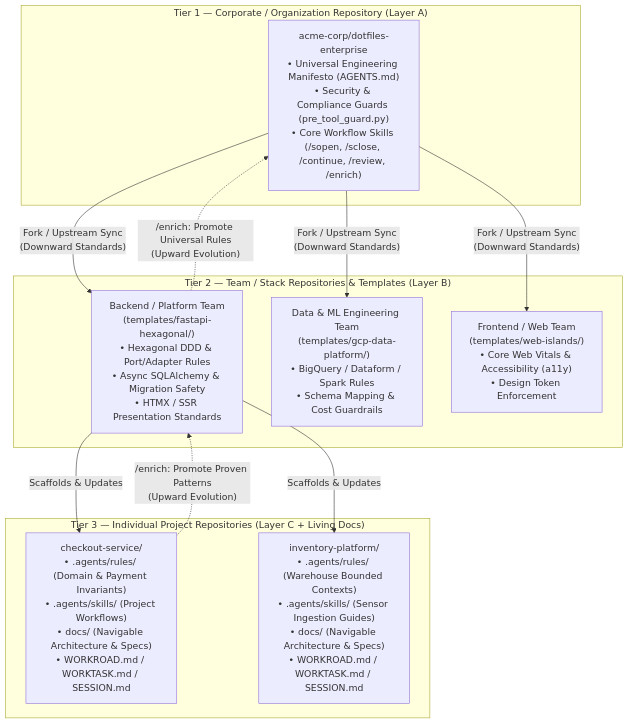
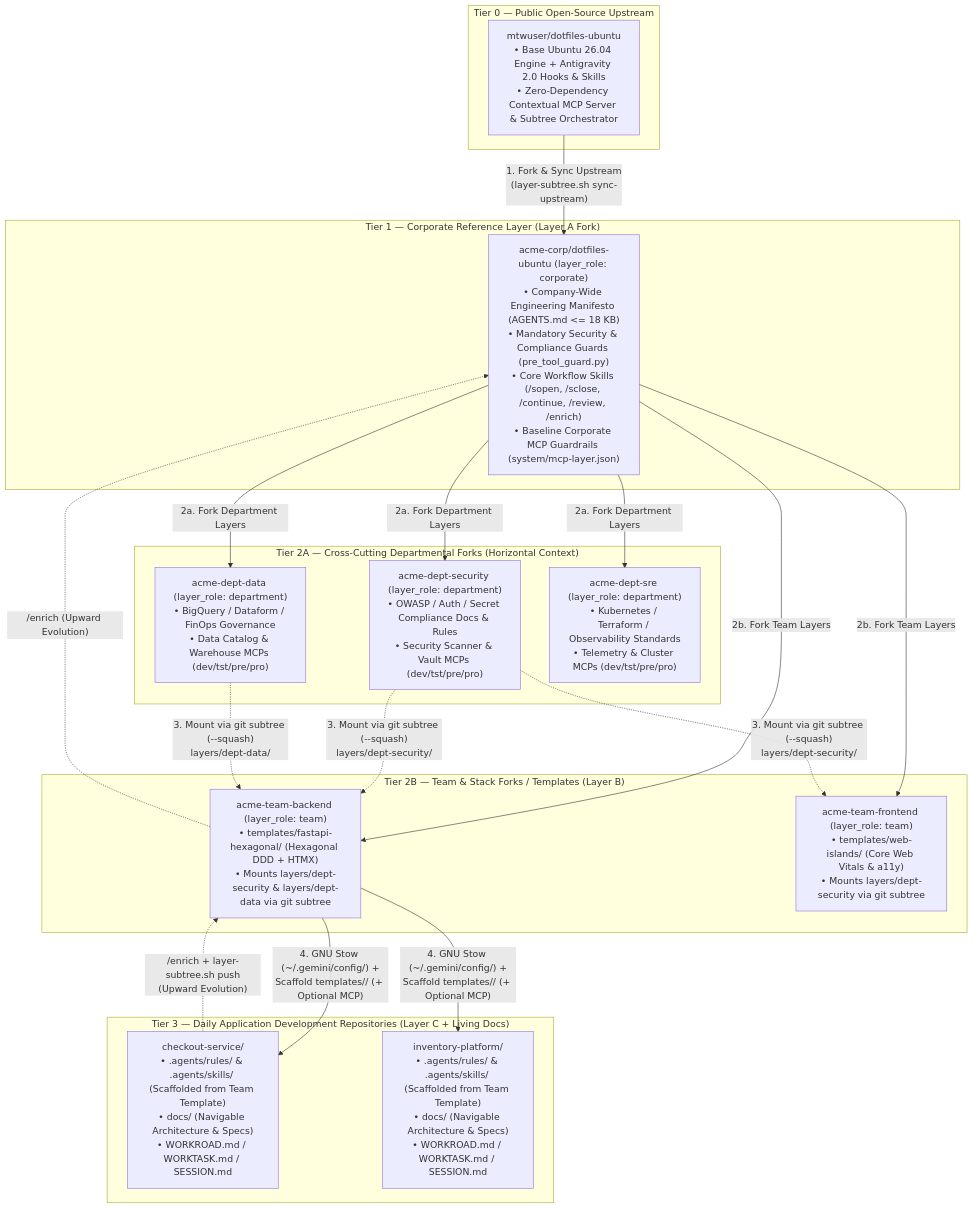
Before and after one commit to mtwuser/dotfiles-ubuntu: the diagram in docs/reference/enterprise_pair_programming_governance.md, drawn with Mermaid. The commit also changed other lines of this file and 6 other files, not shown here.

Commit message:
docs(governance,mcp): add 4-tier company integration playbook (with and without MCP) and unify docs

````diff
--- a/docs/reference/enterprise_pair_programming_governance.md
+++ b/docs/reference/enterprise_pair_programming_governance.md
@@ -27,27 +27,43 @@
 ```mermaid
 flowchart TD
-    subgraph Org["Tier 1 — Corporate / Organization Repository (Layer A)"]
-        CORP["acme-corp/dotfiles-enterprise\n• Universal Engineering Manifesto (AGENTS.md)\n• Security & Compliance Guards (pre_tool_guard.py)\n• Core Workflow Skills (/sopen, /sclose, /continue, /review, /enrich)"]
+    subgraph OSS["Tier 0 — Public Open-Source Upstream"]
+        PUB["mtwuser/dotfiles-ubuntu\n• Base Ubuntu 26.04 Engine + Antigravity 2.0 Hooks & Skills\n• Zero-Dependency Contextual MCP Server & Subtree Orchestrator"]
     end
 
-    subgraph Teams["Tier 2 — Team / Stack Repositories & Templates (Layer B)"]
-        TEAM_BE["Backend / Platform Team\n(templates/fastapi-hexagonal/)\n• Hexagonal DDD & Port/Adapter Rules\n• Async SQLAlchemy & Migration Safety\n• HTMX / SSR Presentation Standards"]
-        TEAM_DATA["Data & ML Engineering Team\n(templates/gcp-data-platform/)\n• BigQuery / Dataform / Spark Rules\n• Schema Mapping & Cost Guardrails"]
-        TEAM_FE["Frontend / Web Team\n(templates/web-islands/)\n• Core Web Vitals & Accessibility (a11y)\n• Design Token Enforcement"]
+    subgraph Org["Tier 1 — Corporate Reference Layer (Layer A Fork)"]
+        CORP["acme-corp/dotfiles-ubuntu (layer_role: corporate)\n• Company-Wide Engineering Manifesto (AGENTS.md <= 18 KB)\n• Mandatory Security & Compliance Guards (pre_tool_guard.py)\n• Core Workflow Skills (/sopen, /sclose, /continue, /review, /enrich)\n• Baseline Corporate MCP Guardrails (system/mcp-layer.json)"]
     end
 
-    subgraph Projects["Tier 3 — Individual Project Repositories (Layer C + Living Docs)"]
-        PROJ_A["checkout-service/\n• .agents/rules/ (Domain & Payment Invariants)\n• .agents/skills/ (Project Workflows)\n• docs/ (Navigable Architecture & Specs)\n• WORKROAD.md / WORKTASK.md / SESSION.md"]
-        PROJ_B["inventory-platform/\n• .agents/rules/ (Warehouse Bounded Contexts)\n• .agents/skills/ (Sensor Ingestion Guides)\n• docs/ (Navigable Architecture & Specs)\n• WORKROAD.md / WORKTASK.md / SESSION.md"]
+    subgraph Depts["Tier 2A — Cross-Cutting Departmental Forks (Horizontal Context)"]
+        DEPT_SEC["acme-dept-security (layer_role: department)\n• OWASP / Auth / Secret Compliance Docs & Rules\n• Security Scanner & Vault MCPs (dev/tst/pre/pro)"]
+        DEPT_DATA["acme-dept-data (layer_role: department)\n• BigQuery / Dataform / FinOps Governance\n• Data Catalog & Warehouse MCPs (dev/tst/pre/pro)"]
+        DEPT_SRE["acme-dept-sre (layer_role: department)\n• Kubernetes / Terraform / Observability Standards\n• Telemetry & Cluster MCPs (dev/tst/pre/pro)"]
     end
 
-    CORP -->|"Fork / Upstream Sync\n(Downward Standards)"| TEAM_BE
-    CORP -->|"Fork / Upstream Sync\n(Downward Standards)"| TEAM_DATA
-    CORP -->|"Fork / Upstream Sync\n(Downward Standards)"| TEAM_FE
+    subgraph Teams["Tier 2B — Team & Stack Forks / Templates (Layer B)"]
+        TEAM_BE["acme-team-backend (layer_role: team)\n• templates/fastapi-hexagonal/ (Hexagonal DDD + HTMX)\n• Mounts layers/dept-security & layers/dept-data via git subtree"]
+        TEAM_FE["acme-team-frontend (layer_role: team)\n• templates/web-islands/ (Core Web Vitals & a11y)\n• Mounts layers/dept-security via git subtree"]
+    end
 
-    TEAM_BE -->|"Scaffolds & Updates"| PROJ_A
-    TEAM_BE -->|"Scaffolds & Updates"| PROJ_B
+    subgraph Apps["Tier 3 — Daily Application Development Repositories (Layer C + Living Docs)"]
+        PROJ_A["checkout-service/\n• .agents/rules/ & .agents/skills/ (Scaffolded from Team Template)\n• docs/ (Navigable Architecture & Specs)\n• WORKROAD.md / WORKTASK.md / SESSION.md"]
+        PROJ_B["inventory-platform/\n• .agents/rules/ & .agents/skills/ (Scaffolded from Team Template)\n• docs/ (Navigable Architecture & Specs)\n• WORKROAD.md / WORKTASK.md / SESSION.md"]
+    end
 
-    PROJ_A -.->|"/enrich: Promote Proven Patterns\n(Upward Evolution)"| TEAM_BE
-    TEAM_BE -.->|"/enrich: Promote Universal Rules\n(Upward Evolution)"| CORP
+    PUB -->|"1. Fork & Sync Upstream\n(layer-subtree.sh sync-upstream)"| CORP
+    CORP -->|"2a. Fork Department Layers"| DEPT_SEC
+    CORP -->|"2a. Fork Department Layers"| DEPT_DATA
+    CORP -->|"2a. Fork Department Layers"| DEPT_SRE
+    CORP -->|"2b. Fork Team Layers"| TEAM_BE
+    CORP -->|"2b. Fork Team Layers"| TEAM_FE
+
+    DEPT_SEC -.->|"3. Mount via git subtree (--squash)\nlayers/dept-security/"| TEAM_BE
+    DEPT_DATA -.->|"3. Mount via git subtree (--squash)\nlayers/dept-data/"| TEAM_BE
+    DEPT_SEC -.->|"3. Mount via git subtree (--squash)\nlayers/dept-security/"| TEAM_FE
+
+    TEAM_BE -->|"4. GNU Stow (~/.gemini/config/) +\nScaffold templates/<stack>/ (+ Optional MCP)"| PROJ_A
+    TEAM_BE -->|"4. GNU Stow (~/.gemini/config/) +\nScaffold templates/<stack>/ (+ Optional MCP)"| PROJ_B
+
+    PROJ_A -.->|"/enrich + layer-subtree.sh push\n(Upward Evolution)"| TEAM_BE
+    TEAM_BE -.->|"/enrich (Upward Evolution)"| CORP
 ```
````
